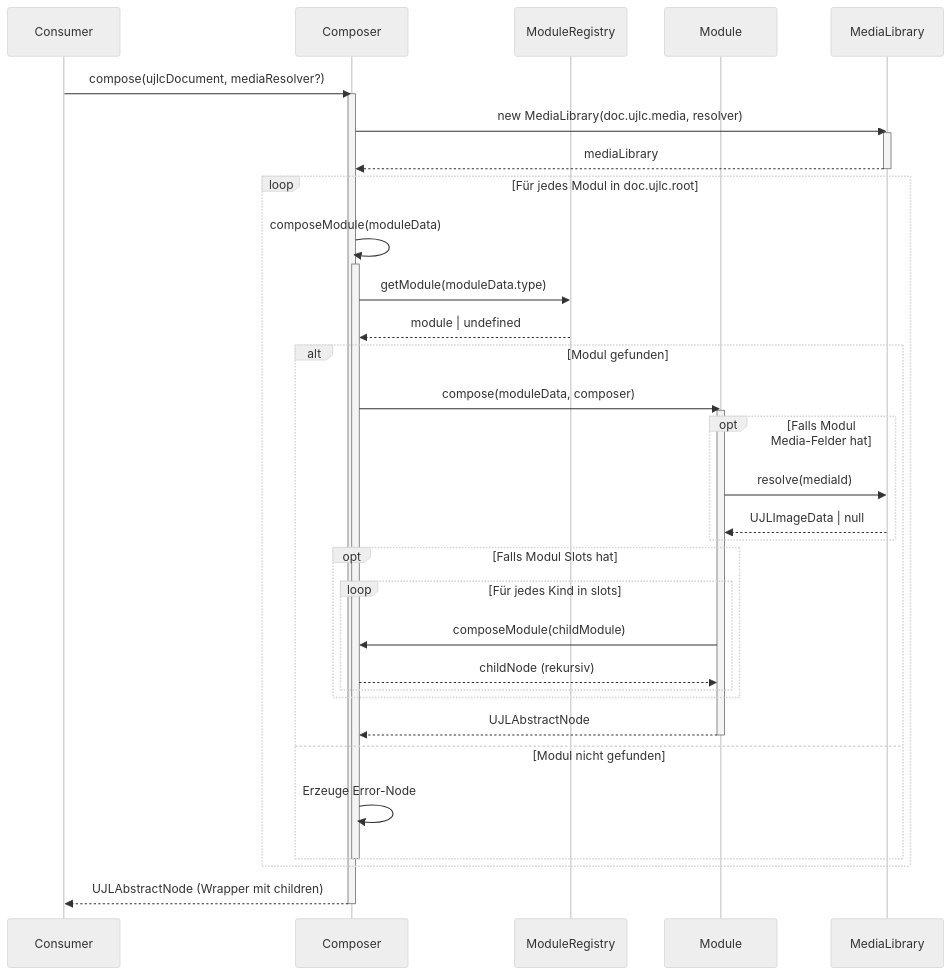
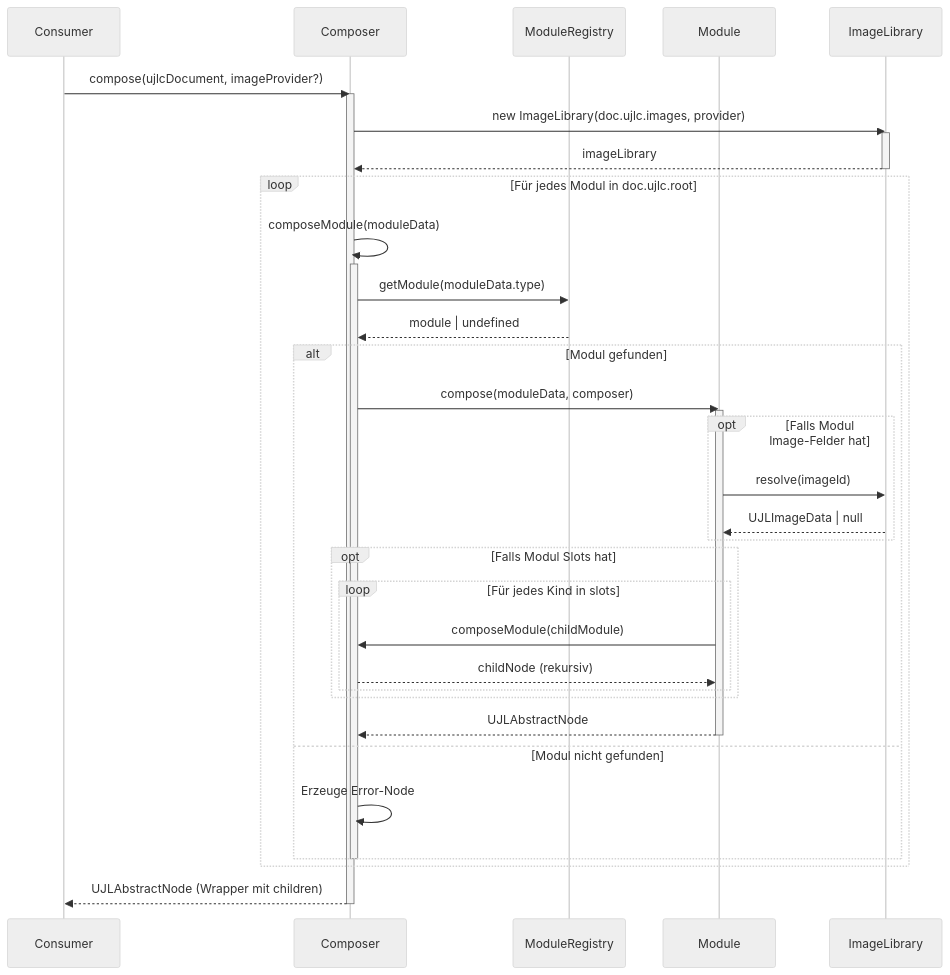
One commit to mainzcript/ujl changed the first of 12 diagrams in apps/docs/src/arc42/06-runtime-view.md. Above: the diagram before and after it, drawn with Mermaid (neutral theme). The commit also changed other lines of this file and 11 other files, not shown here.

Commit message:
refactor: rename media terminology to image across documentation and update related configurations

````diff
--- a/apps/docs/src/arc42/06-runtime-view.md
+++ b/apps/docs/src/arc42/06-runtime-view.md
@@ -32,49 +30,49 @@
 ```mermaid
 sequenceDiagram
     participant Client as Consumer
     participant Composer as Composer
     participant Registry as ModuleRegistry
     participant Module as Module
-    participant MediaLib as MediaLibrary
+    participant ImageLib as ImageLibrary
 
-    Client->>Composer: compose(ujlcDocument, mediaResolver?)
+    Client->>Composer: compose(ujlcDocument, imageProvider?)
     activate Composer
 
-    Composer->>MediaLib: new MediaLibrary(doc.ujlc.media, resolver)
-    activate MediaLib
-    MediaLib-->>Composer: mediaLibrary
-    deactivate MediaLib
+    Composer->>ImageLib: new ImageLibrary(doc.ujlc.images, provider)
+    activate ImageLib
+    ImageLib-->>Composer: imageLibrary
+    deactivate ImageLib
 
     loop Für jedes Modul in doc.ujlc.root
         Composer->>Composer: composeModule(moduleData)
         activate Composer
         Composer->>Registry: getModule(moduleData.type)
         Registry-->>Composer: module | undefined
 
         alt Modul gefunden
             Composer->>Module: compose(moduleData, composer)
             activate Module
 
-            opt Falls Modul Media-Felder hat
-                Module->>MediaLib: resolve(mediaId)
-                MediaLib-->>Module: UJLImageData | null
+            opt Falls Modul Image-Felder hat
+                Module->>ImageLib: resolve(imageId)
+                ImageLib-->>Module: UJLImageData | null
             end
 
             opt Falls Modul Slots hat
                 loop Für jedes Kind in slots
                     Module->>Composer: composeModule(childModule)
                     Composer-->>Module: childNode (rekursiv)
                 end
             end
 
             Module-->>Composer: UJLAbstractNode
             deactivate Module
         else Modul nicht gefunden
             Composer->>Composer: Erzeuge Error-Node
         end
         deactivate Composer
     end
 
     Composer-->>Client: UJLAbstractNode (Wrapper mit children)
     deactivate Composer
 ```
````
